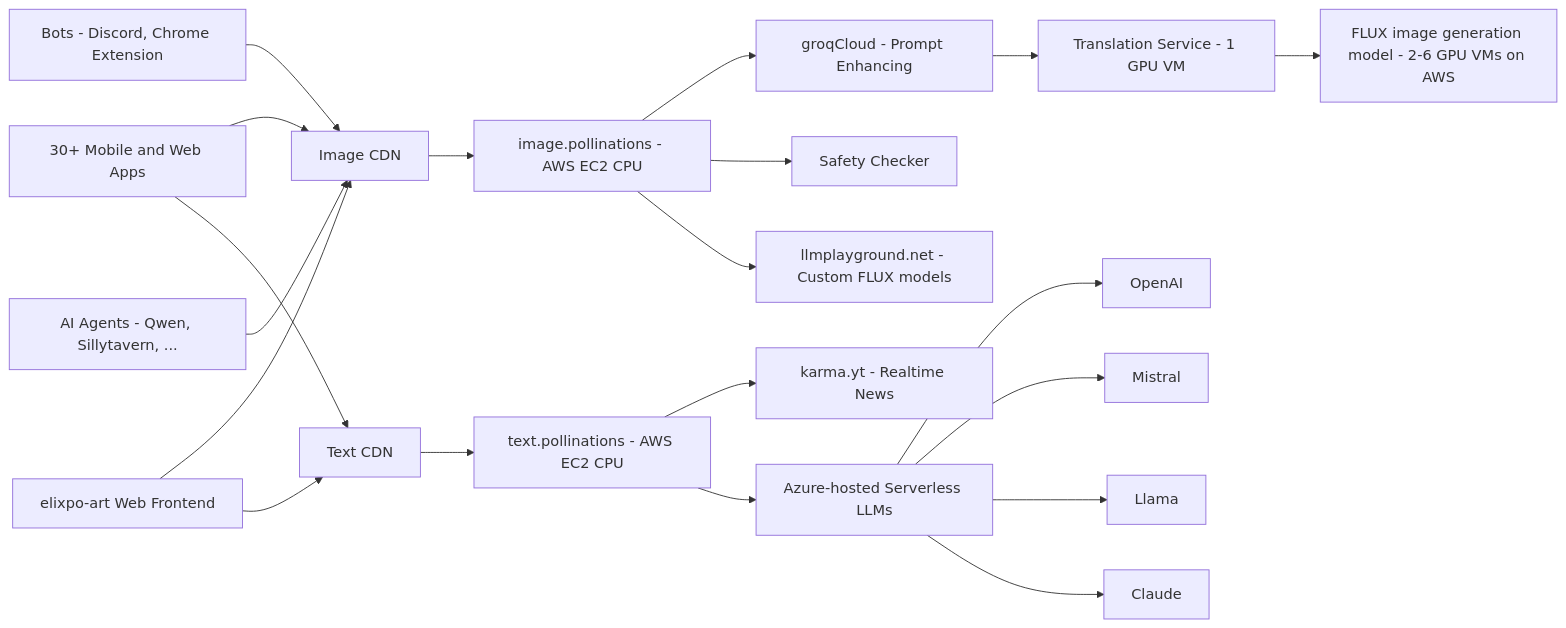
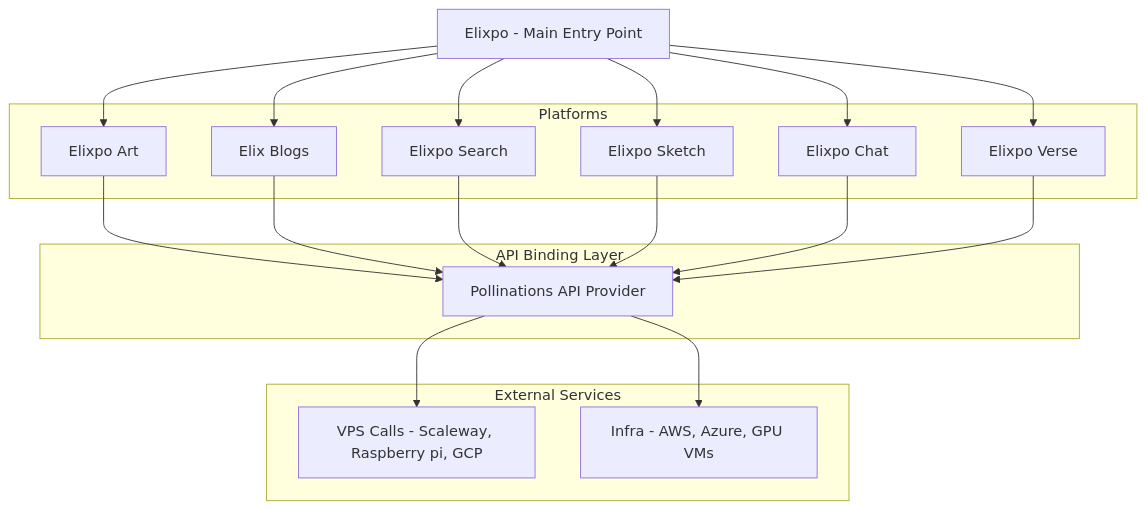
One commit to shresthashim/elixpo_chapter changed the diagram in README.md. Above: the diagram before and after it, drawn with Mermaid. The commit also changed other lines of this file, not shown here.

Commit message:
updated the architecture and made the readme 2025 ready

````diff
--- a/README.md
+++ b/README.md
@@ -73,29 +81,47 @@
 ```mermaid
-graph LR
-    Q[Bots - Discord, Chrome Extension] --> L1
+graph TD
+
+    %% Main Entry
+    E[Elixpo - Main Entry Point]:::core
+
+    %% Connected Platforms
+    subgraph Platforms
+        A[Elixpo Art]:::service
+        B[Elix Blogs]:::service
+        C[Elixpo Search]:::service
+        D[Elixpo Sketch]:::service
+        F[Elixpo Chat]:::service
+        G[Elixpo Verse]:::service
+    end
+
+    %% API Layer
+    subgraph API Binding Layer
+        P[Pollinations API Provider]:::api
+    end
+
+    %% Connections
+    E --> A
+    E --> B
+    E --> C
+    E --> D
+    E --> F
+    E --> G
+
+    A --> P
+    B --> P
+    C --> P
+    D --> P
+    F --> P
+    G --> P
+
+    %% External Integration
+    subgraph External Services
+        X[VPS Calls - Scaleway, Raspberry pi, GCP]:::ai
+        Y[Infra - AWS, Azure, GPU VMs]:::infra
+    end
+
+    P --> X
+    P --> Y
+
     
-    N[30+ Mobile and Web Apps] --> L1
-    N --> L2
-    
-    A[elixpo-art Web Frontend] --> L1
-    A --> L2
-    
-    R[AI Agents - Qwen, Sillytavern, ...] --> L1
-    
-    L1[Image CDN] --> B
-    L2[Text CDN] --> C
-    
-    B[image.pollinations - AWS EC2 CPU] --> F[groqCloud - Prompt Enhancing]
-    B --> S[Safety Checker]
-    B --> M[llmplayground.net - Custom FLUX models]
-    F --> E[Translation Service - 1 GPU VM]
-    E --> D[FLUX image generation model - 2-6 GPU VMs on AWS]
-    
-    C[text.pollinations - AWS EC2 CPU] --> P[karma.yt - Realtime News]
-    C --> G[Azure-hosted Serverless LLMs]
-    G  --> H[OpenAI]
-    G --> I[Mistral]
-    G --> J[Llama]
-    G --> K[Claude]
-
 ```
````
